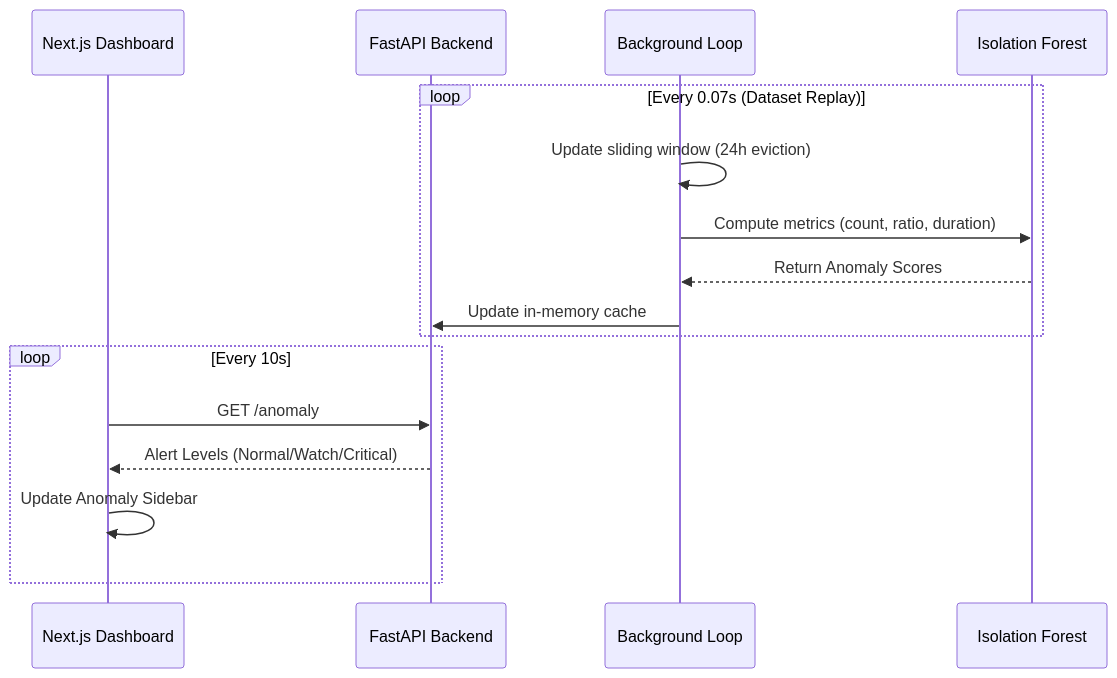
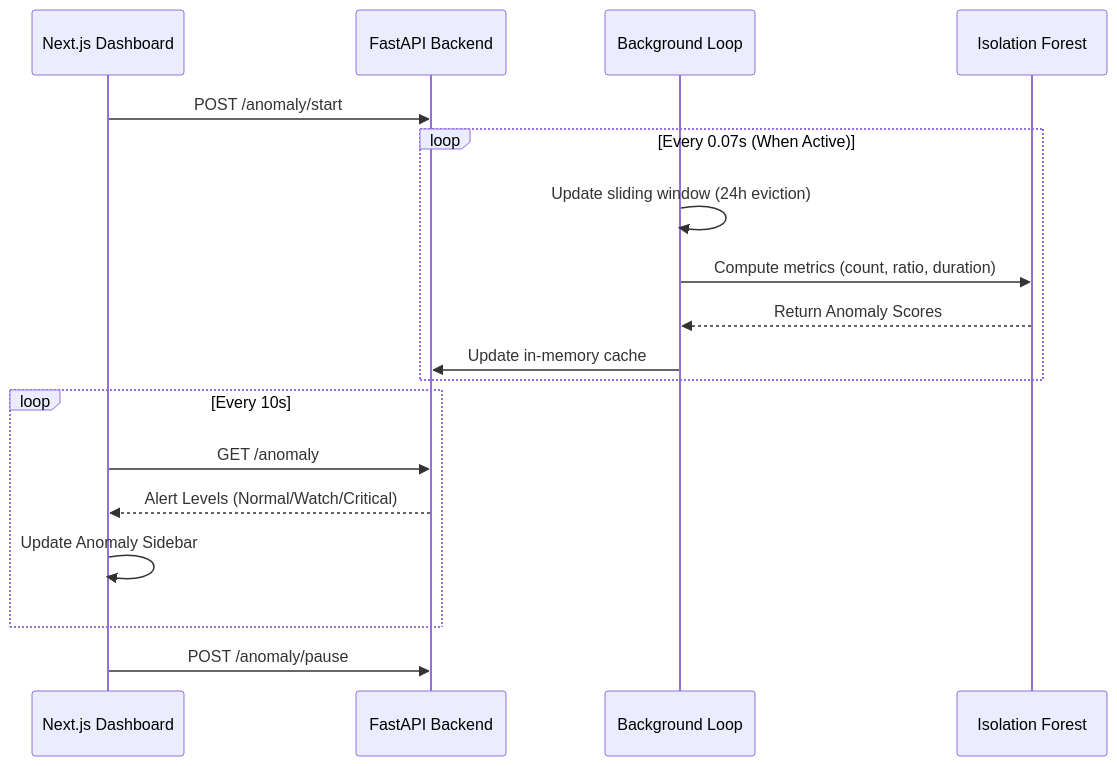
One commit to sagarsarangi/Smart_traffic_Intelligence changed the third of 4 diagrams in README.md. Above: the diagram before and after it, drawn with Mermaid. The commit also changed other lines of this file and 7 other files, not shown here.

Commit message:
backend setup check in frontend, anamoly start,pause, leftover clean

````diff
--- a/README.md
+++ b/README.md
@@ -113,20 +113,22 @@
 ```mermaid
 sequenceDiagram
     participant UI as Next.js Dashboard
     participant API as FastAPI Backend
     participant Task as Background Loop
     participant IF as Isolation Forest
 
-    loop Every 0.07s (Dataset Replay)
+    UI->>API: POST /anomaly/start
+    loop Every 0.07s (When Active)
         Task->>Task: Update sliding window (24h eviction)
         Task->>IF: Compute metrics (count, ratio, duration)
         IF-->>Task: Return Anomaly Scores
         Task->>API: Update in-memory cache
     end
 
     loop Every 10s
         UI->>API: GET /anomaly
         API-->>UI: Alert Levels (Normal/Watch/Critical)
         UI->>UI: Update Anomaly Sidebar
     end
+    UI->>API: POST /anomaly/pause
 ```
````
